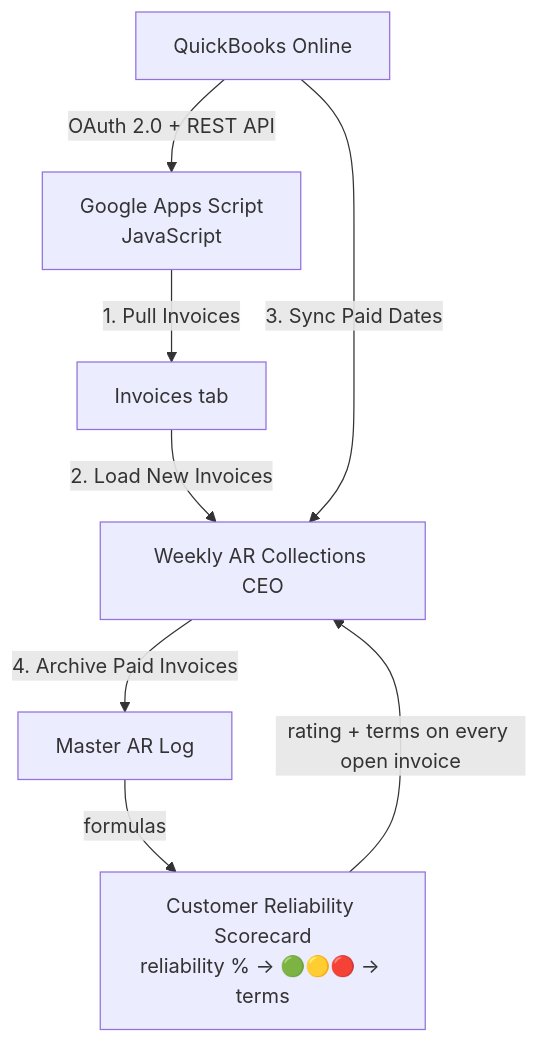
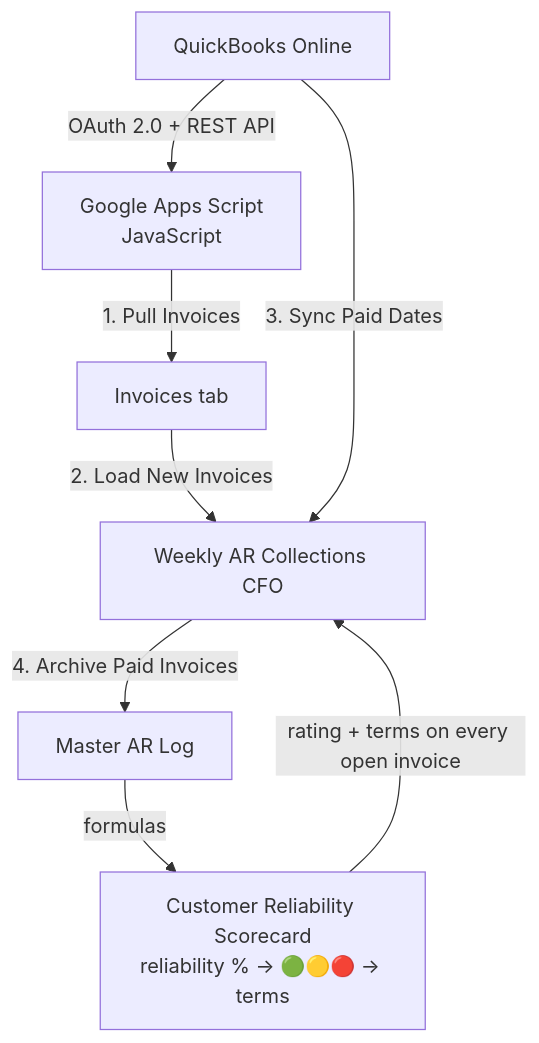
One commit to ghorbanianhamed/collection-operating-system changed the diagram in README.md. Above: the diagram before and after it, drawn with Mermaid. The commit also changed other lines of this file and 2 other files, not shown here.

First line of the commit message:
Rename CEO to CFO across the script, README and workbook

````diff
--- a/README.md
+++ b/README.md
@@ -18,10 +18,10 @@
 ```mermaid
 flowchart TD
     QBO[QuickBooks Online] -->|OAuth 2.0 + REST API| JS[Google Apps Script<br/>JavaScript]
     JS -->|1. Pull Invoices| INV[Invoices tab]
-    INV -->|2. Load New Invoices| CEO[Weekly AR Collections CEO]
-    QBO -->|3. Sync Paid Dates| CEO
-    CEO -->|4. Archive Paid Invoices| LOG[Master AR Log]
+    INV -->|2. Load New Invoices| CFO[Weekly AR Collections CFO]
+    QBO -->|3. Sync Paid Dates| CFO
+    CFO -->|4. Archive Paid Invoices| LOG[Master AR Log]
     LOG -->|formulas| SC[Customer Reliability Scorecard<br/>reliability % → 🟢🟡🔴 → terms]
-    SC -->|rating + terms on every open invoice| CEO
+    SC -->|rating + terms on every open invoice| CFO
 ```
````
